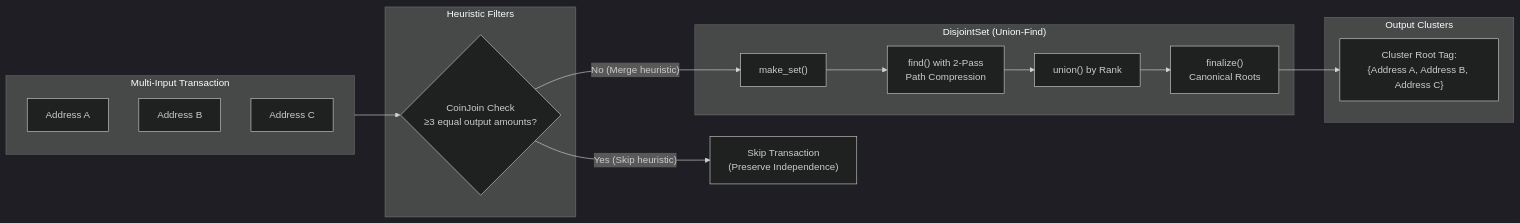
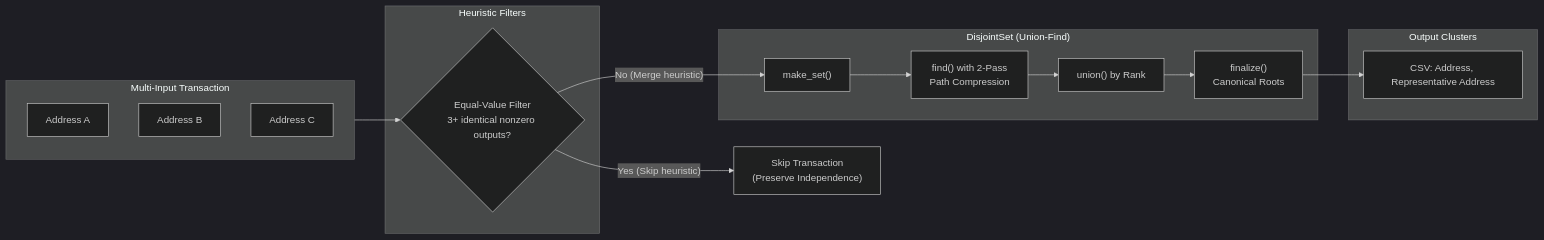
The third of 3 diagrams in README.md (mikispag/bitiodine), drawn with Mermaid (dark theme) before and after one commit. The commit also changed other lines of this file and 3 other files, not shown here.

````diff
--- a/README.md
+++ b/README.md
@@ -208,31 +249,31 @@
 ```mermaid
 flowchart LR
     subgraph Inputs["Multi-Input Transaction"]
         IN1["Address A"]
         IN2["Address B"]
         IN3["Address C"]
     end
 
     subgraph Filter["Heuristic Filters"]
-        CJ{"CoinJoin Check<br/>≥3 equal output amounts?"}
+        CJ{"Equal-Value Filter<br/>3+ identical nonzero outputs?"}
     end
 
     subgraph UnionFind["DisjointSet (Union-Find)"]
         MAKE["make_set()"]
         FIND["find() with 2-Pass<br/>Path Compression"]
         UNION["union() by Rank"]
         FIN["finalize()<br/>Canonical Roots"]
     end
 
     subgraph Output["Output Clusters"]
-        CLUSTER["Cluster Root Tag:<br/>{Address A, Address B, Address C}"]
+        CLUSTER["CSV: Address, Representative Address"]
     end
 
     Inputs --> CJ
     CJ -- "Yes (Skip heuristic)" --> SKIP["Skip Transaction<br/>(Preserve Independence)"]
     CJ -- "No (Merge heuristic)" --> MAKE
     MAKE --> FIND
     FIND --> UNION
     UNION --> FIN
     FIN --> CLUSTER
 ```
````
